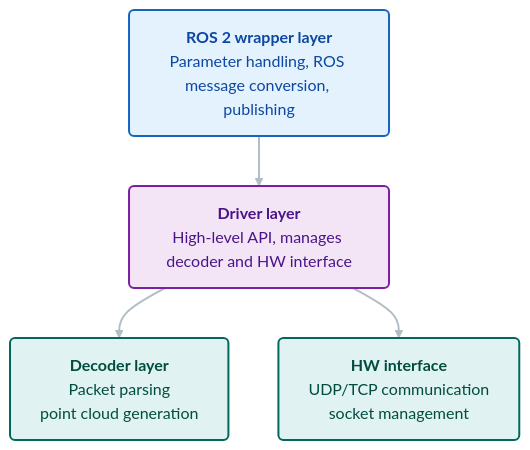
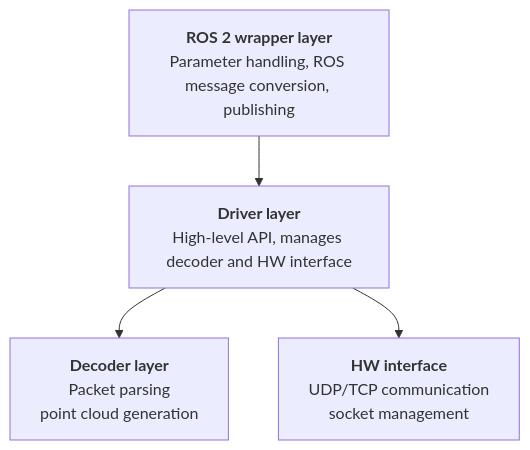
The second of 2 diagrams in docs/integration_guide.md (tier4/nebula), drawn with Mermaid before and after one commit. The commit also changed other lines of this file and 2 other files, not shown here.

Commit message:
docs(sample_sensor): simplify diagrams

````diff
--- a/docs/integration_guide.md
+++ b/docs/integration_guide.md
@@ -71,27 +61,20 @@
 ```mermaid
 graph TD
-    %% --- STYLE DEFINITIONS ---
-    %% Using a hierarchical palette to show data flow depth
-    classDef wrapper fill:#e3f2fd,stroke:#1565c0,stroke-width:2px,rx:5,ry:5,color:#0d47a1;
-    classDef logic fill:#f3e5f5,stroke:#7b1fa2,stroke-width:2px,rx:5,ry:5,color:#4a148c;
-    classDef worker fill:#e0f2f1,stroke:#00695c,stroke-width:2px,rx:5,ry:5,color:#004d40;
 
     %% --- NODES ---
     %% Apply classes using the triple colon syntax (:::className)
-    Wrapper[<b>ROS 2 wrapper layer</b><br/>Parameter handling, ROS message conversion, publishing]:::wrapper
+    Wrapper[<b>ROS 2 wrapper layer</b><br/>Parameter handling, ROS message conversion, publishing]
 
-    Driver[<b>Driver layer</b><br/>High-level API, manages decoder and HW interface]:::logic
+    Driver[<b>Driver layer</b><br/>High-level API, manages decoder and HW interface]
 
-    Decoder[<b>Decoder layer</b><br/>Packet parsing<br/>point cloud generation]:::worker
+    Decoder[<b>Decoder layer</b><br/>Packet parsing<br/>point cloud generation]
 
-    HW[<b>HW interface</b><br/>UDP/TCP communication<br/>socket management]:::worker
+    HW[<b>HW interface</b><br/>UDP/TCP communication<br/>socket management]
 
     %% --- RELATIONSHIPS ---
     Wrapper --> Driver
     Driver --> Decoder
     Driver --> HW
 
-    %% --- LINK STYLING ---
-    %% Make arrows visible in dark mode (light grey-blue)
-    linkStyle default stroke:#b0bec5,stroke-width:2px,fill:none
+
 ```
````
